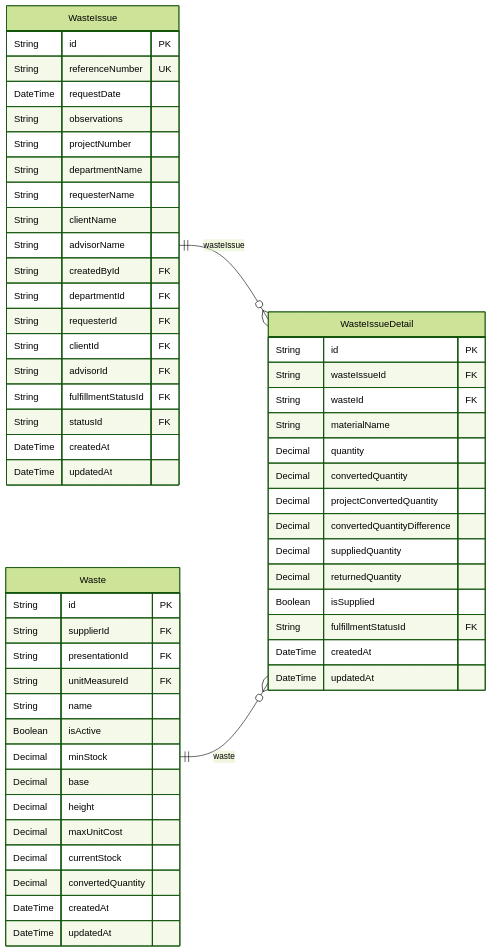
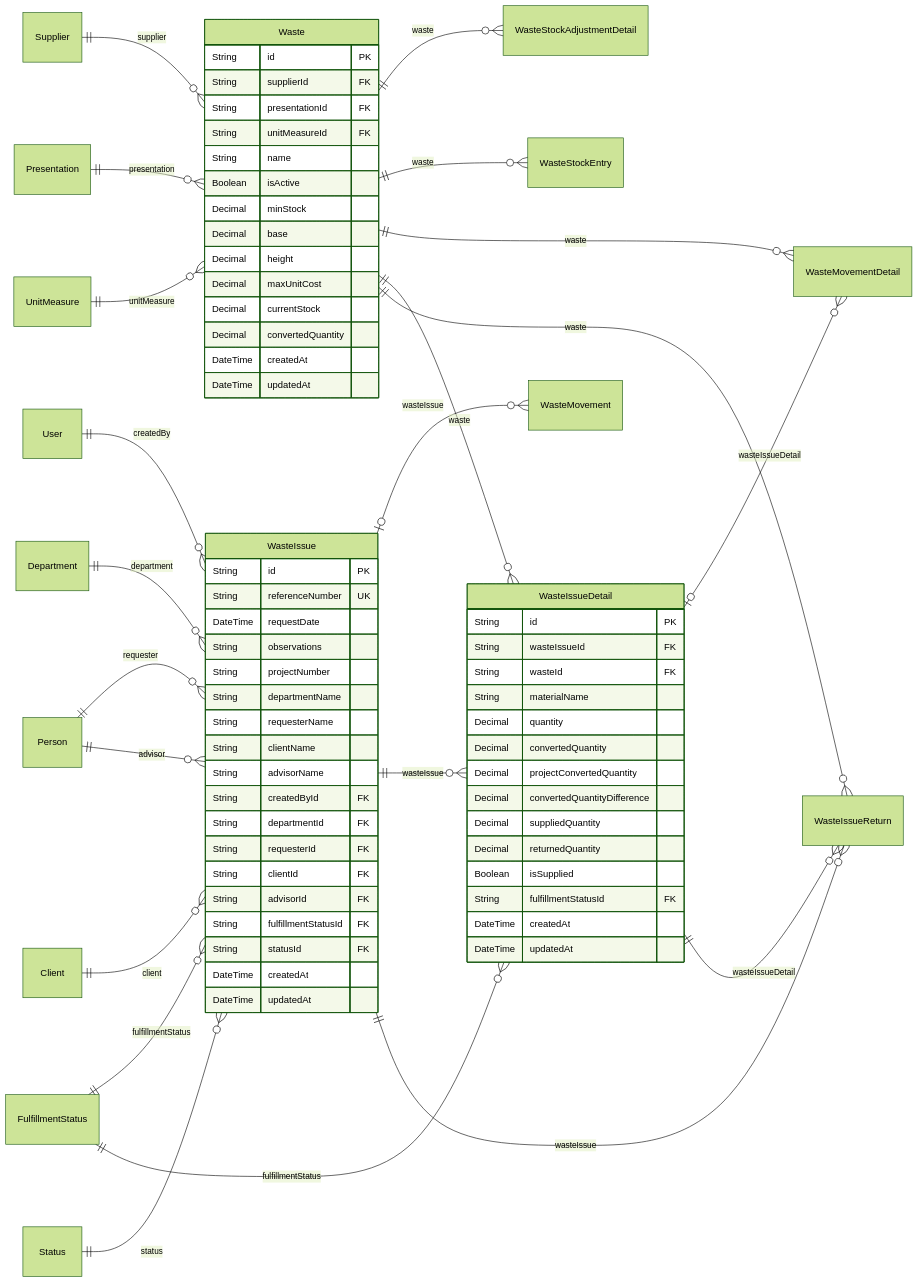
One commit to gpgsistemas01/nexus changed diagram 12 of 26 in docs/architecture/views/logical/data-and-persistence/generated/database-schema.md. Above: the diagram before and after it, drawn with Mermaid (forest theme). The commit also changed other lines of this file and 3 other files, not shown here.

Commit message:
docs: corregir relaciones del ER y retirar capturas pendientes

````diff
--- a/docs/architecture/views/logical/data-and-persistence/generated/database-schema.md
+++ b/docs/architecture/views/logical/data-and-persistence/generated/database-schema.md
@@ -412,58 +527,77 @@
 ```mermaid
 erDiagram
     direction LR
     Waste {
         String id PK
         String supplierId FK
         String presentationId FK
         String unitMeasureId FK
         String name
         Boolean isActive
         Decimal minStock
         Decimal base
         Decimal height
         Decimal maxUnitCost
         Decimal currentStock
         Decimal convertedQuantity
         DateTime createdAt
         DateTime updatedAt
     }
     WasteIssue {
         String id PK
         String referenceNumber UK
         DateTime requestDate
         String observations
         String projectNumber
         String departmentName
         String requesterName
         String clientName
         String advisorName
         String createdById FK
         String departmentId FK
         String requesterId FK
         String clientId FK
         String advisorId FK
         String fulfillmentStatusId FK
         String statusId FK
         DateTime createdAt
         DateTime updatedAt
     }
     WasteIssueDetail {
         String id PK
         String wasteIssueId FK
         String wasteId FK
         String materialName
         Decimal quantity
         Decimal convertedQuantity
         Decimal projectConvertedQuantity
         Decimal convertedQuantityDifference
         Decimal suppliedQuantity
         Decimal returnedQuantity
         Boolean isSupplied
         String fulfillmentStatusId FK
         DateTime createdAt
         DateTime updatedAt
     }
+    Supplier ||--o{ Waste : "supplier"
+    Presentation ||--o{ Waste : "presentation"
+    UnitMeasure ||--o{ Waste : "unitMeasure"
+    Waste ||--o{ WasteStockAdjustmentDetail : "waste"
+    WasteIssue o|--o{ WasteMovement : "wasteIssue"
+    Waste ||--o{ WasteStockEntry : "waste"
+    Waste ||--o{ WasteMovementDetail : "waste"
+    WasteIssueDetail o|--o{ WasteMovementDetail : "wasteIssueDetail"
+    User ||--o{ WasteIssue : "createdBy"
+    Department ||--o{ WasteIssue : "department"
+    Person ||--o{ WasteIssue : "requester"
+    Client ||--o{ WasteIssue : "client"
+    Person ||--o{ WasteIssue : "advisor"
+    FulfillmentStatus ||--o{ WasteIssue : "fulfillmentStatus"
+    Status ||--o{ WasteIssue : "status"
     WasteIssue ||--o{ WasteIssueDetail : "wasteIssue"
     Waste ||--o{ WasteIssueDetail : "waste"
+    FulfillmentStatus ||--o{ WasteIssueDetail : "fulfillmentStatus"
+    WasteIssue ||--o{ WasteIssueReturn : "wasteIssue"
+    WasteIssueDetail ||--o{ WasteIssueReturn : "wasteIssueDetail"
+    Waste ||--o{ WasteIssueReturn : "waste"
 ```
````
